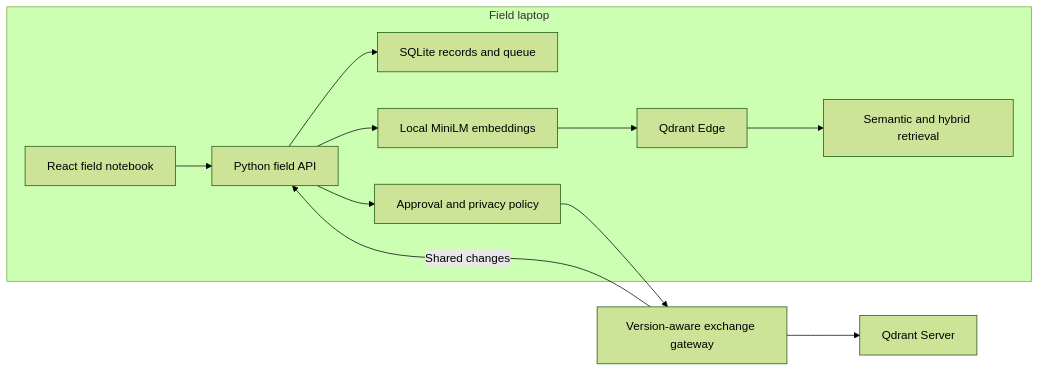
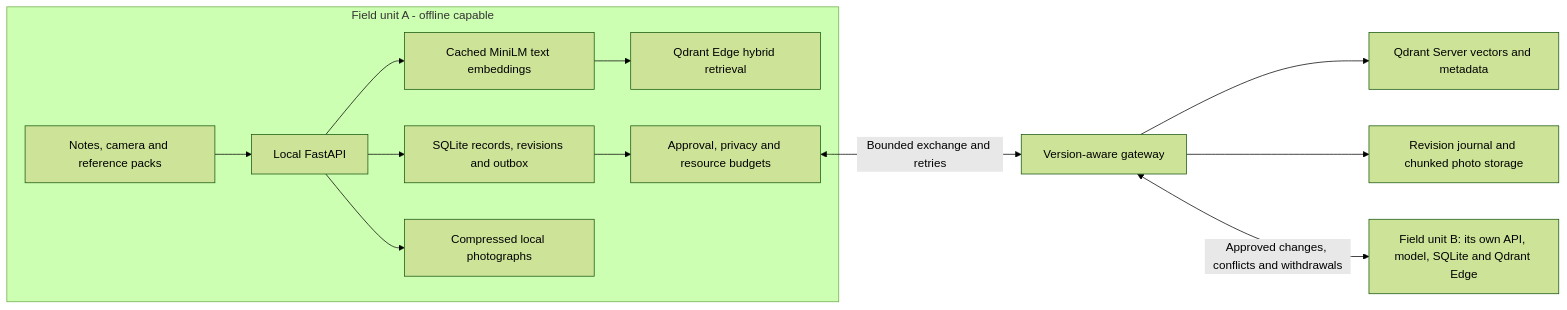
One commit to kg2655/KhojSetu changed the diagram in README.md. Above: the diagram before and after it, drawn with Mermaid (forest theme). The commit also changed other lines of this file and 16 other files, not shown here.

Commit message:
Finalize architecture visuals and preserve original presentation assets

````diff
--- a/README.md
+++ b/README.md
@@ -56,14 +56,15 @@
 ```mermaid
 flowchart LR
-  subgraph Device[Field laptop]
-    UI[React field notebook] --> API[Python field API]
-    API --> Journal[SQLite records and queue]
-    API --> Model[Local MiniLM embeddings]
-    Model --> Edge[Qdrant Edge]
-    Edge --> Results[Semantic and hybrid retrieval]
-    API --> Policy[Approval and privacy policy]
+  subgraph A[Field unit A - offline capable]
+    UI[Notes, camera and reference packs] --> API[Local FastAPI]
+    API --> Model[Cached MiniLM text embeddings]
+    Model --> Edge[Qdrant Edge hybrid retrieval]
+    API --> Journal[SQLite records, revisions and outbox]
+    API --> Photos[Compressed local photographs]
+    Journal --> Policy[Approval, privacy and resource budgets]
   end
-  Policy --> Gateway[Version-aware exchange gateway]
-  Gateway --> Server[Qdrant Server]
-  Gateway -->|Shared changes| API
+  Policy <-->|Bounded exchange and retries| Gateway[Version-aware gateway]
+  Gateway --> Server[Qdrant Server vectors and metadata]
+  Gateway --> Attachments[Revision journal and chunked photo storage]
+  Gateway <-->|Approved changes, conflicts and withdrawals| B[Field unit B: its own API, model, SQLite and Qdrant Edge]
 ```
````
